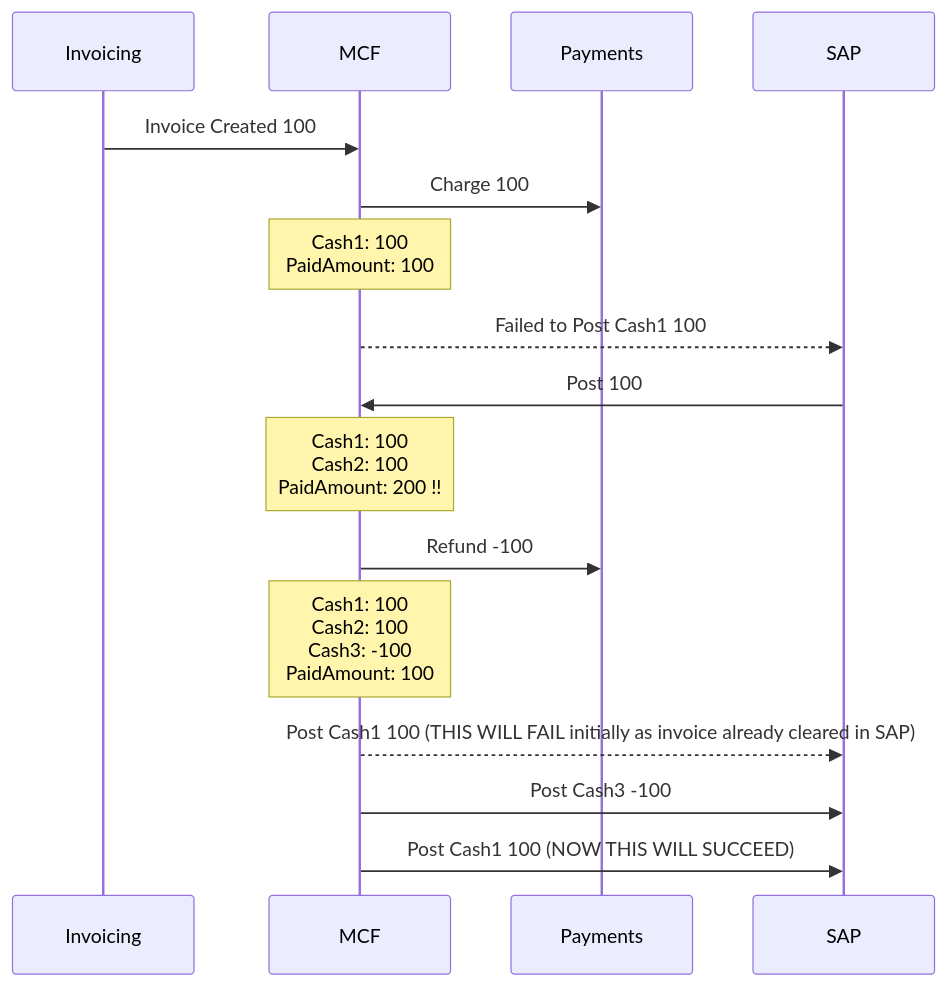
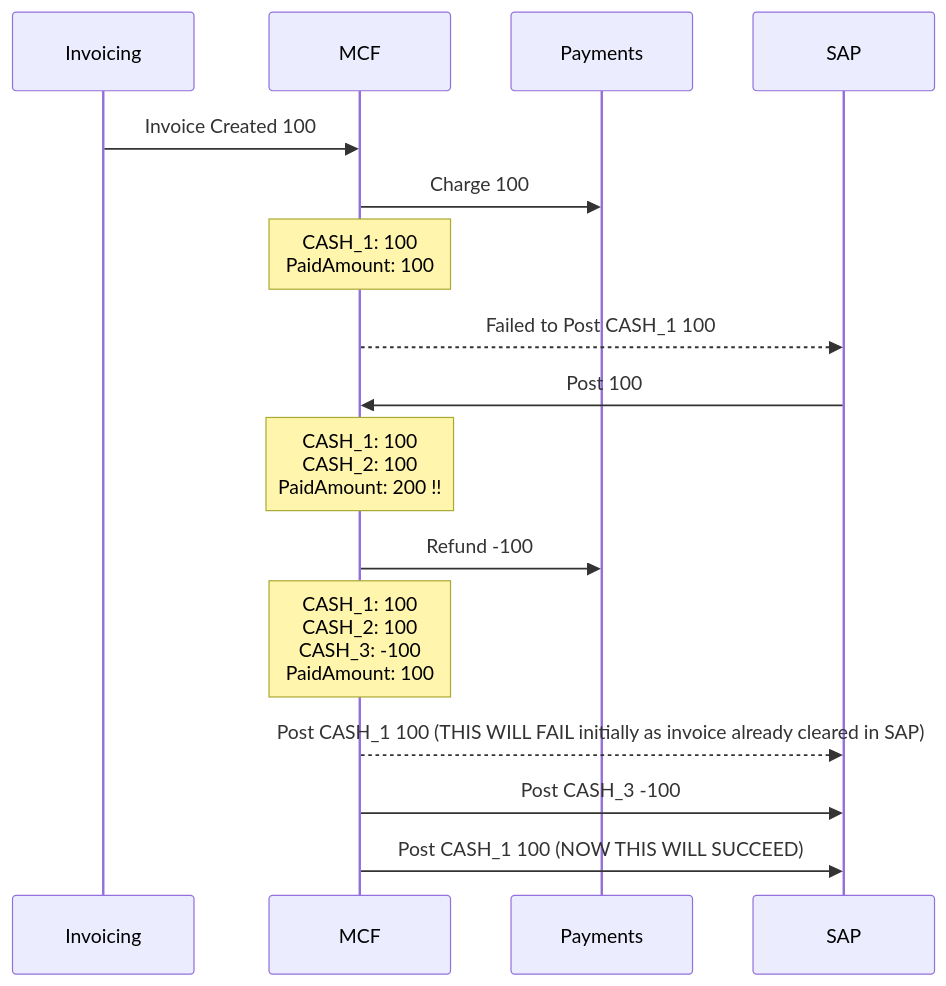
Before and after one commit to vikramsinha/test1: diagram 14 of 17 in MCF-SAP Scenarios.md, drawn with Mermaid. The commit also changed other lines of this file, not shown here.

Commit message:
Update MCF-SAP Scenarios.md

````diff
--- a/MCF-SAP Scenarios.md
+++ b/MCF-SAP Scenarios.md
@@ -205,19 +280,19 @@
 ```mermaid
 %%{init: {'theme': 'default'} }%%
 sequenceDiagram
     participant Invoicing
     participant MCF
     participant Payments
     participant SAP
     Invoicing->>MCF: Invoice Created 100
     MCF->>Payments: Charge 100
-    Note over MCF: Cash1: 100<br/>PaidAmount: 100
-    MCF-->>SAP: Failed to Post Cash1 100
+    Note over MCF: CASH_1: 100<br/>PaidAmount: 100
+    MCF-->>SAP: Failed to Post CASH_1 100
     SAP->>MCF: Post 100
-    Note over MCF: Cash1: 100<br/>Cash2: 100<br/>PaidAmount: 200 !!
+    Note over MCF: CASH_1: 100<br/>CASH_2: 100<br/>PaidAmount: 200 !!
     MCF->>Payments: Refund -100
-    Note over MCF: Cash1: 100<br/>Cash2: 100<br/>Cash3: -100<br/>PaidAmount: 100
-    MCF-->>SAP: Post Cash1 100 (THIS WILL FAIL initially as invoice already cleared in SAP)
-    MCF->>SAP: Post Cash3 -100
-    MCF->>SAP: Post Cash1 100 (NOW THIS WILL SUCCEED)
+    Note over MCF: CASH_1: 100<br/>CASH_2: 100<br/>CASH_3: -100<br/>PaidAmount: 100
+    MCF-->>SAP: Post CASH_1 100 (THIS WILL FAIL initially as invoice already cleared in SAP)
+    MCF->>SAP: Post CASH_3 -100
+    MCF->>SAP: Post CASH_1 100 (NOW THIS WILL SUCCEED)
 ```
````
